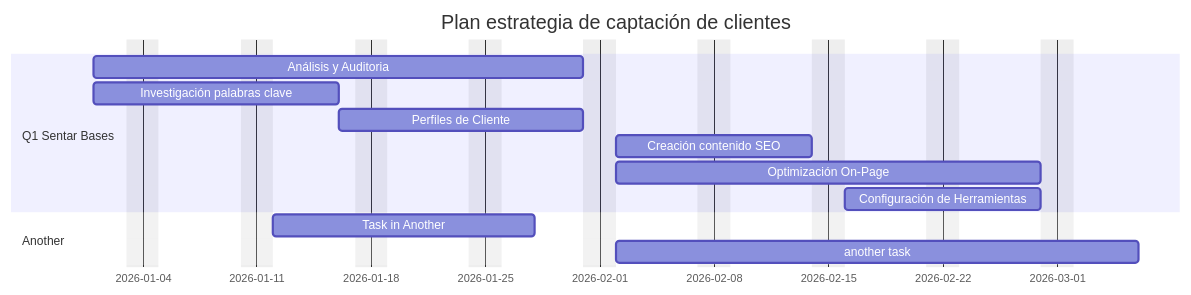
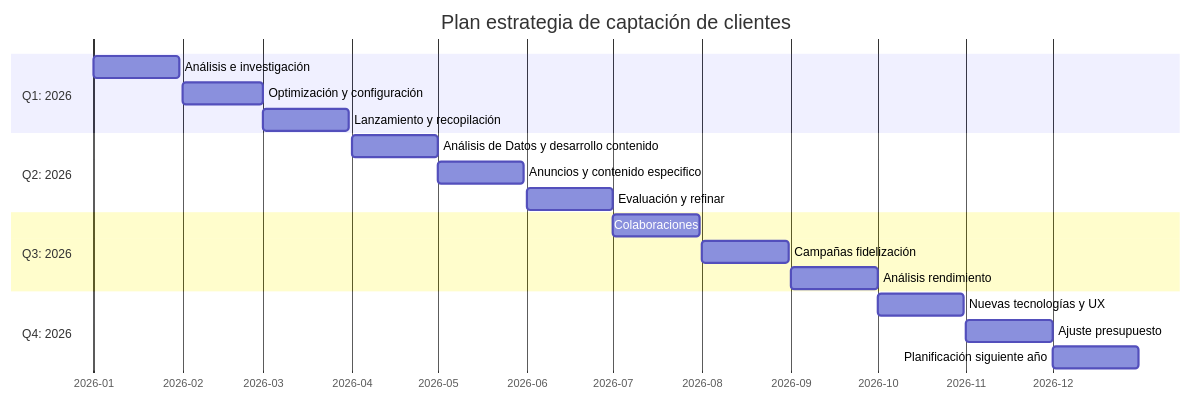
The diagram in docs/estrategiaCaptacionFidelizacion/estrategiaCaptacion.md (EOBS-MIDE/EcoSmart), drawn with Mermaid before and after one commit. The commit also changed 1 other file, not shown here.

Commit message:
Ajusto gantt

````diff
--- a/docs/estrategiaCaptacionFidelizacion/estrategiaCaptacion.md
+++ b/docs/estrategiaCaptacionFidelizacion/estrategiaCaptacion.md
@@ -10,20 +10,31 @@
 ```mermaid
 ---
 config:
   theme: default
 ---
 gantt
     title Plan estrategia de captación de clientes
-    dateFormat YYYY-MM-DD
-    excludes    weekends
-    section Q1 Sentar Bases
-        Análisis y Auditoria : a1, 2026-01-01, 22d
-        Investigación palabras clave : a2, 2026-01-01, 11d
-        Perfiles de Cliente : after a2, 11d
-        Creación contenido SEO : a4, after a1, 10d
-        Optimización On-Page : after a1, 20d
-        Configuración de Herramientas : after a4, 10d
-    section Another
-        Task in Another :2026-01-12, 12d
-        another task : after a1, 24d
+    dateFormat  YYYY-MM-DD
+    axisFormat %Y-%m
+
+    section Q1: 2026
+        Análisis e investigación : a1, 2026-01-01, 30d
+        Optimización y configuración : a2, 2026-02-01, 28d
+        Lanzamiento y recopilación : a3, 2026-03-01, 30d
+    section Q2: 2026 
+        Análisis de Datos y desarrollo contenido : a4, 2026-04-01, 30d
+        Anuncios y contenido especifico : a5, 2026-05-01, 30d
+        Evaluación y refinar : a6, 2026-06-01, 30d
+    section Q3: 2026 
+        Colaboraciones : a7, 2026-07-01, 30d
+        Campañas fidelización : a8, 2026-08-01, 30d
+        Análisis rendimiento : a9, 2026-09-01, 30d
+    section Q4: 2026 
+        Nuevas tecnologías y UX : a10, 2026-10-01, 30d
+        Ajuste presupuesto : a11, 2026-11-01, 30d
+        Planificación siguiente año : a12, 2026-12-01, 30d
+
+
+
+        
 ```
````
